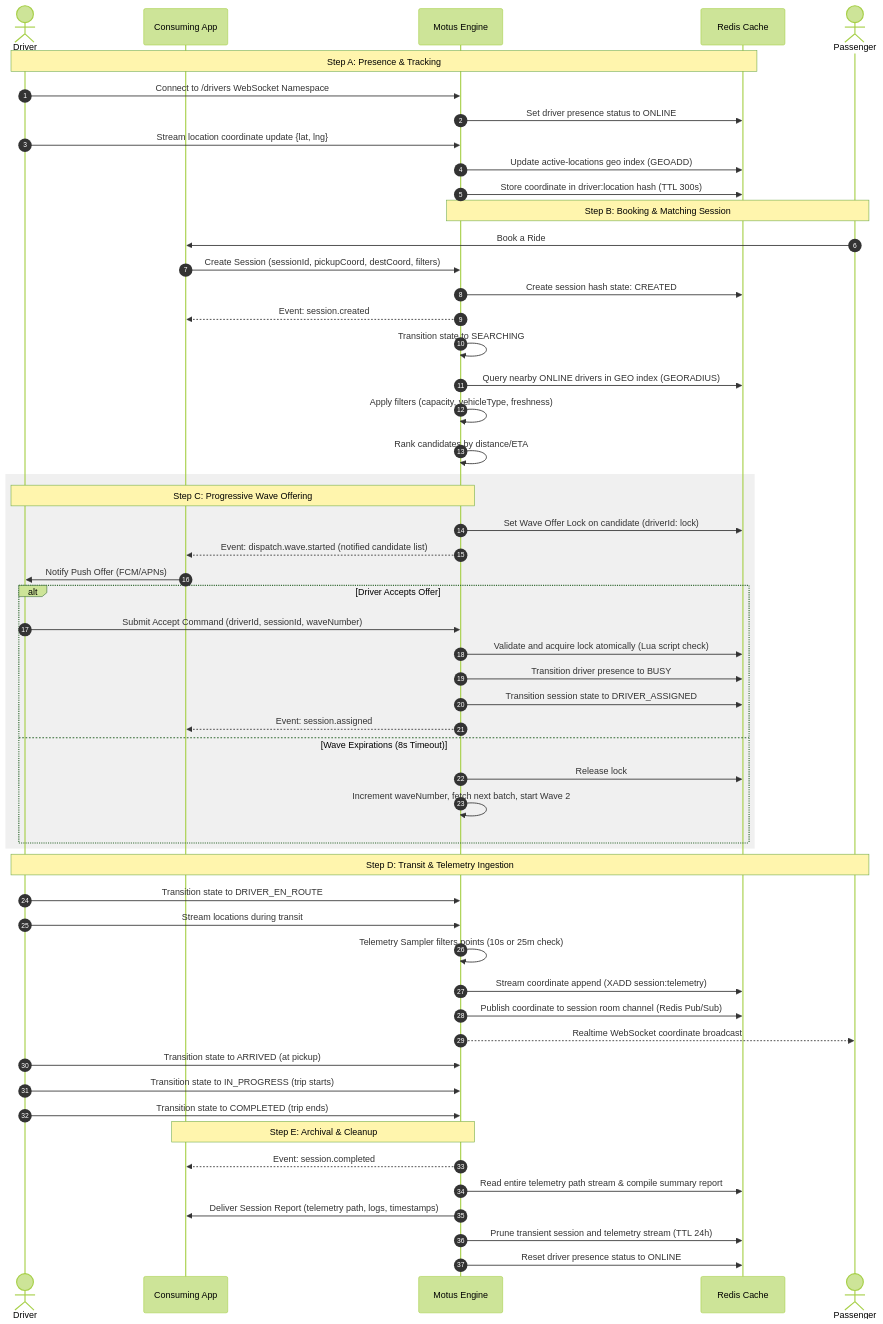
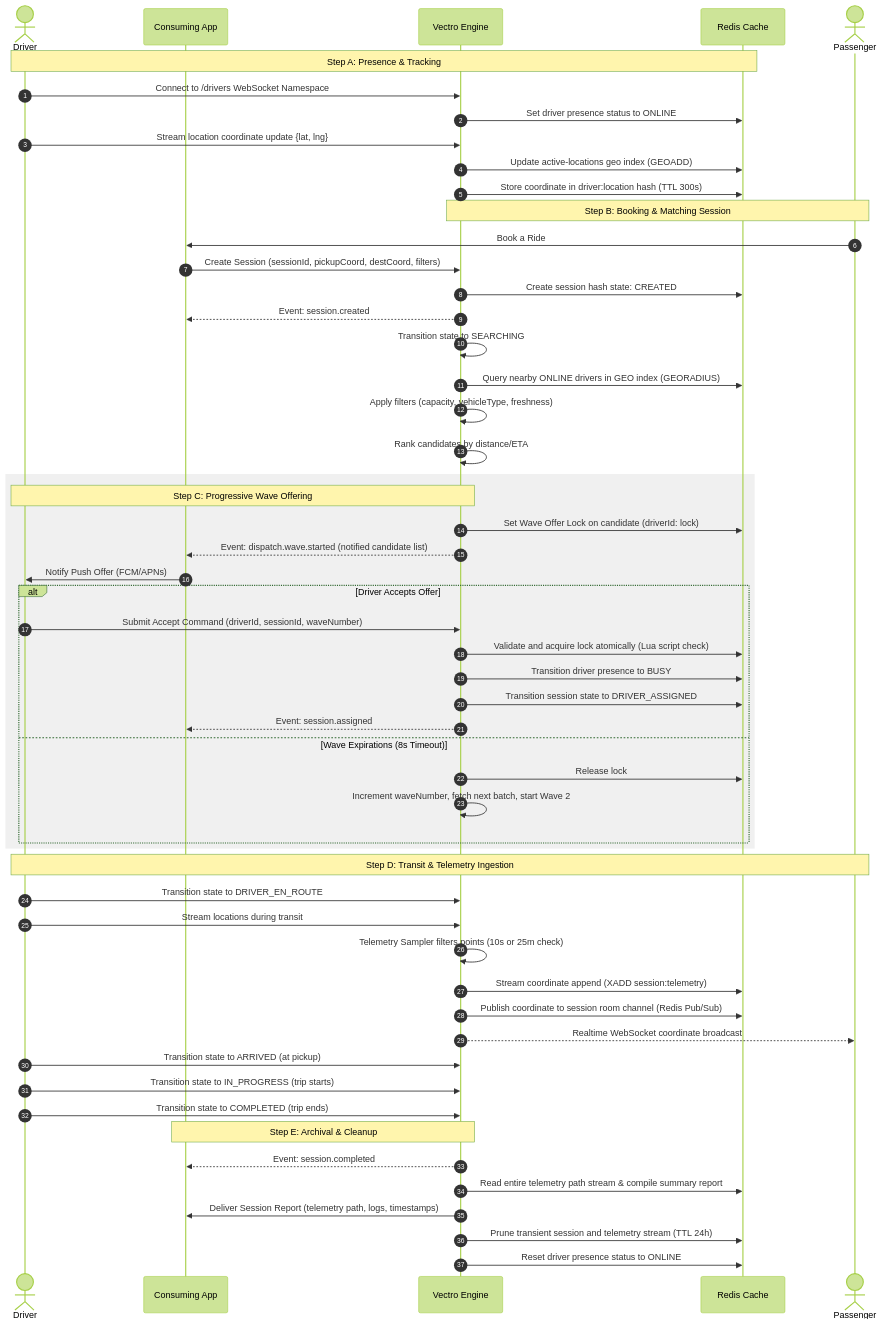
The first of 3 diagrams in PRODUCT_FLOW.md (bhrji4438/motus), drawn with Mermaid (forest theme) before and after one commit. The commit also changed other lines of this file and 41 other files, not shown here.

First line of the commit message:
docs(rebrand): rebrand platform from Motus to Vectro

````diff
--- a/PRODUCT_FLOW.md
+++ b/PRODUCT_FLOW.md
@@ -11,64 +11,64 @@
 ```mermaid
 sequenceDiagram
     autonumber
     actor Driver
     participant App as Consuming App
-    participant Motus as Motus Engine
+    participant Vectro as Vectro Engine
     participant Redis as Redis Cache
     actor Passenger
 
     Note over Driver, Redis: Step A: Presence & Tracking
-    Driver->>Motus: Connect to /drivers WebSocket Namespace
-    Motus->>Redis: Set driver presence status to ONLINE
-    Driver->>Motus: Stream location coordinate update {lat, lng}
-    Motus->>Redis: Update active-locations geo index (GEOADD)
-    Motus->>Redis: Store coordinate in driver:location hash (TTL 300s)
+    Driver->>Vectro: Connect to /drivers WebSocket Namespace
+    Vectro->>Redis: Set driver presence status to ONLINE
+    Driver->>Vectro: Stream location coordinate update {lat, lng}
+    Vectro->>Redis: Update active-locations geo index (GEOADD)
+    Vectro->>Redis: Store coordinate in driver:location hash (TTL 300s)
 
-    Note over Passenger, Motus: Step B: Booking & Matching Session
+    Note over Passenger, Vectro: Step B: Booking & Matching Session
     Passenger->>App: Book a Ride
-    App->>Motus: Create Session (sessionId, pickupCoord, destCoord, filters)
-    Motus->>Redis: Create session hash state: CREATED
-    Motus-->>App: Event: session.created
+    App->>Vectro: Create Session (sessionId, pickupCoord, destCoord, filters)
+    Vectro->>Redis: Create session hash state: CREATED
+    Vectro-->>App: Event: session.created
 
-    Motus->>Motus: Transition state to SEARCHING
-    Motus->>Redis: Query nearby ONLINE drivers in GEO index (GEORADIUS)
-    Motus->>Motus: Apply filters (capacity, vehicleType, freshness)
-    Motus->>Motus: Rank candidates by distance/ETA
+    Vectro->>Vectro: Transition state to SEARCHING
+    Vectro->>Redis: Query nearby ONLINE drivers in GEO index (GEORADIUS)
+    Vectro->>Vectro: Apply filters (capacity, vehicleType, freshness)
+    Vectro->>Vectro: Rank candidates by distance/ETA
 
     rect rgb(240, 240, 240)
-        Note over Motus, Driver: Step C: Progressive Wave Offering
-        Motus->>Redis: Set Wave Offer Lock on candidate (driverId: lock)
-        Motus-->>App: Event: dispatch.wave.started (notified candidate list)
+        Note over Vectro, Driver: Step C: Progressive Wave Offering
+        Vectro->>Redis: Set Wave Offer Lock on candidate (driverId: lock)
+        Vectro-->>App: Event: dispatch.wave.started (notified candidate list)
         App->>Driver: Notify Push Offer (FCM/APNs)
 
         alt Driver Accepts Offer
-            Driver->>Motus: Submit Accept Command (driverId, sessionId, waveNumber)
-            Motus->>Redis: Validate and acquire lock atomically (Lua script check)
-            Motus->>Redis: Transition driver presence to BUSY
-            Motus->>Redis: Transition session state to DRIVER_ASSIGNED
-            Motus-->>App: Event: session.assigned
+            Driver->>Vectro: Submit Accept Command (driverId, sessionId, waveNumber)
+            Vectro->>Redis: Validate and acquire lock atomically (Lua script check)
+            Vectro->>Redis: Transition driver presence to BUSY
+            Vectro->>Redis: Transition session state to DRIVER_ASSIGNED
+            Vectro-->>App: Event: session.assigned
         else Wave Expirations (8s Timeout)
-            Motus->>Redis: Release lock
-            Motus->>Motus: Increment waveNumber, fetch next batch, start Wave 2
+            Vectro->>Redis: Release lock
+            Vectro->>Vectro: Increment waveNumber, fetch next batch, start Wave 2
         end
     end
 
     Note over Driver, Passenger: Step D: Transit & Telemetry Ingestion
-    Driver->>Motus: Transition state to DRIVER_EN_ROUTE
-    Driver->>Motus: Stream locations during transit
-    Motus->>Motus: Telemetry Sampler filters points (10s or 25m check)
-    Motus->>Redis: Stream coordinate append (XADD session:telemetry)
-    Motus->>Redis: Publish coordinate to session room channel (Redis Pub/Sub)
-    Motus-->>Passenger: Realtime WebSocket coordinate broadcast
+    Driver->>Vectro: Transition state to DRIVER_EN_ROUTE
+    Driver->>Vectro: Stream locations during transit
+    Vectro->>Vectro: Telemetry Sampler filters points (10s or 25m check)
+    Vectro->>Redis: Stream coordinate append (XADD session:telemetry)
+    Vectro->>Redis: Publish coordinate to session room channel (Redis Pub/Sub)
+    Vectro-->>Passenger: Realtime WebSocket coordinate broadcast
 
-    Driver->>Motus: Transition state to ARRIVED (at pickup)
-    Driver->>Motus: Transition state to IN_PROGRESS (trip starts)
-    Driver->>Motus: Transition state to COMPLETED (trip ends)
+    Driver->>Vectro: Transition state to ARRIVED (at pickup)
+    Driver->>Vectro: Transition state to IN_PROGRESS (trip starts)
+    Driver->>Vectro: Transition state to COMPLETED (trip ends)
 
-    Note over Motus, App: Step E: Archival & Cleanup
-    Motus-->>App: Event: session.completed
-    Motus->>Redis: Read entire telemetry path stream & compile summary report
-    Motus->>App: Deliver Session Report (telemetry path, logs, timestamps)
-    Motus->>Redis: Prune transient session and telemetry stream (TTL 24h)
-    Motus->>Redis: Reset driver presence status to ONLINE
+    Note over Vectro, App: Step E: Archival & Cleanup
+    Vectro-->>App: Event: session.completed
+    Vectro->>Redis: Read entire telemetry path stream & compile summary report
+    Vectro->>App: Deliver Session Report (telemetry path, logs, timestamps)
+    Vectro->>Redis: Prune transient session and telemetry stream (TTL 24h)
+    Vectro->>Redis: Reset driver presence status to ONLINE
 ```
````
